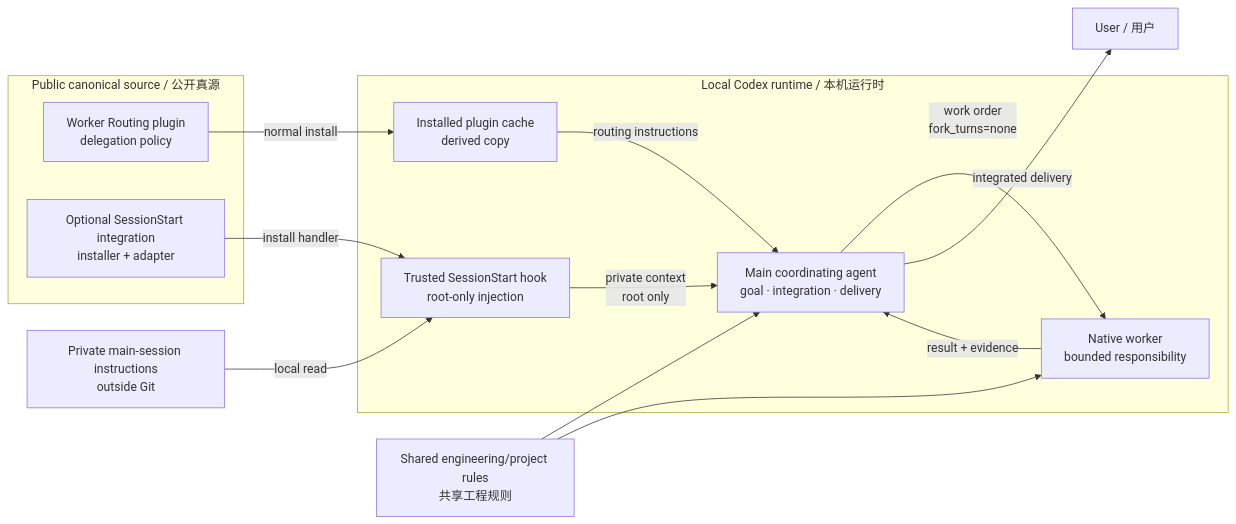
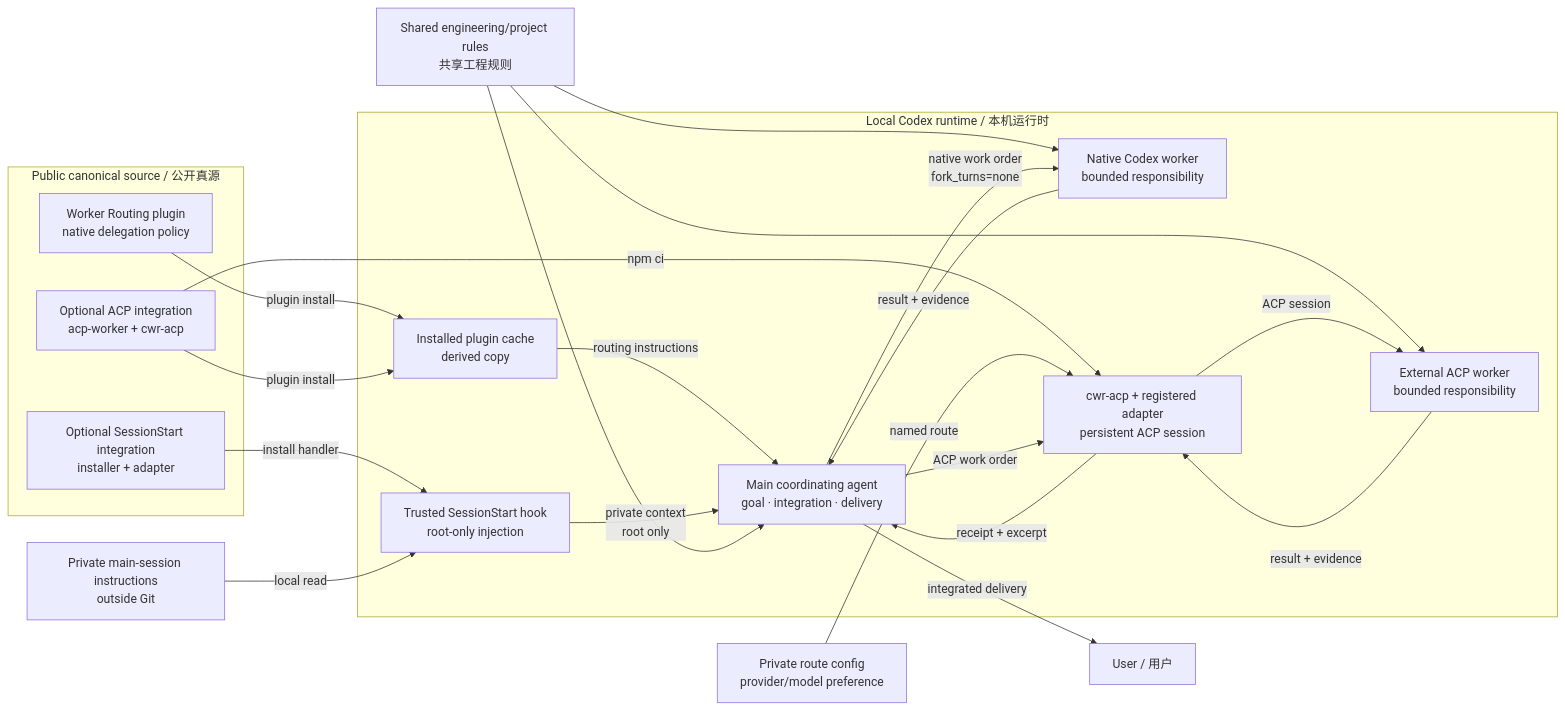
The diagram in README.en.md (IndelibleVivi/codex-worker-routing), drawn with Mermaid before and after one commit. The commit also changed other lines of this file and 23 other files, not shown here.

Commit message:
add optional ACP worker routing

````diff
--- a/README.en.md
+++ b/README.en.md
@@ -17,29 +18,41 @@
 ```mermaid
 flowchart LR
   subgraph Source["Public canonical source / 公开真源"]
-    Policy["Worker Routing plugin<br/>delegation policy"]
+    Policy["Worker Routing plugin<br/>native delegation policy"]
+    ACPSource["Optional ACP integration<br/>acp-worker + cwr-acp"]
     Adapter["Optional SessionStart integration<br/>installer + adapter"]
   end
 
   subgraph Local["Local Codex runtime / 本机运行时"]
     Cache["Installed plugin cache<br/>derived copy"]
     Hook["Trusted SessionStart hook<br/>root-only injection"]
     Main["Main coordinating agent<br/>goal · integration · delivery"]
-    Worker["Native worker<br/>bounded responsibility"]
+    Native["Native Codex worker<br/>bounded responsibility"]
+    ACPBridge["cwr-acp + registered adapter<br/>persistent ACP session"]
+    External["External ACP worker<br/>bounded responsibility"]
   end
 
   Private["Private main-session instructions<br/>outside Git"]
+  RouteConfig["Private route config<br/>provider/model preference"]
   Shared["Shared engineering/project rules<br/>共享工程规则"]
   User["User / 用户"]
 
-  Policy -->|normal install| Cache
+  Policy -->|plugin install| Cache
+  ACPSource -->|plugin install| Cache
+  ACPSource -->|npm ci| ACPBridge
   Cache -->|routing instructions| Main
   Adapter -->|install handler| Hook
   Private -->|local read| Hook
   Hook -->|private context<br/>root only| Main
+  RouteConfig -->|named route| ACPBridge
   Shared --> Main
-  Shared --> Worker
-  Main -->|work order<br/>fork_turns=none| Worker
-  Worker -->|result + evidence| Main
+  Shared --> Native
+  Shared --> External
+  Main -->|native work order<br/>fork_turns=none| Native
+  Native -->|result + evidence| Main
+  Main -->|ACP work order| ACPBridge
+  ACPBridge -->|ACP session| External
+  External -->|result + evidence| ACPBridge
+  ACPBridge -->|receipt + excerpt| Main
   Main -->|integrated delivery| User
 ```
````
